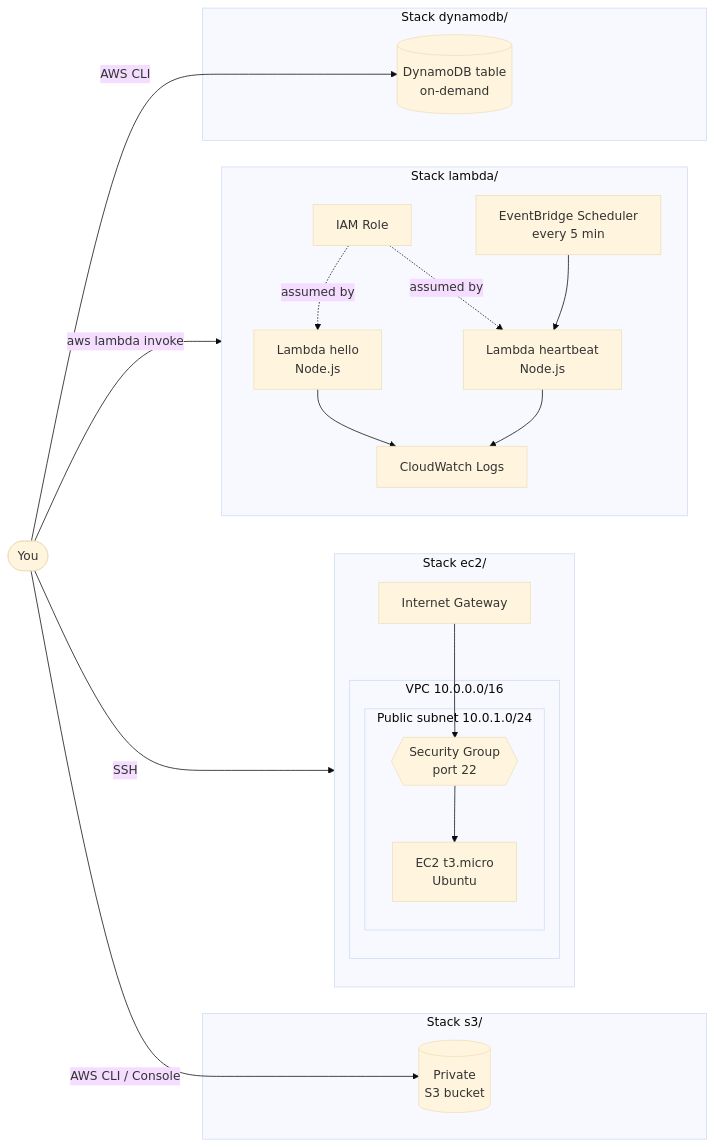
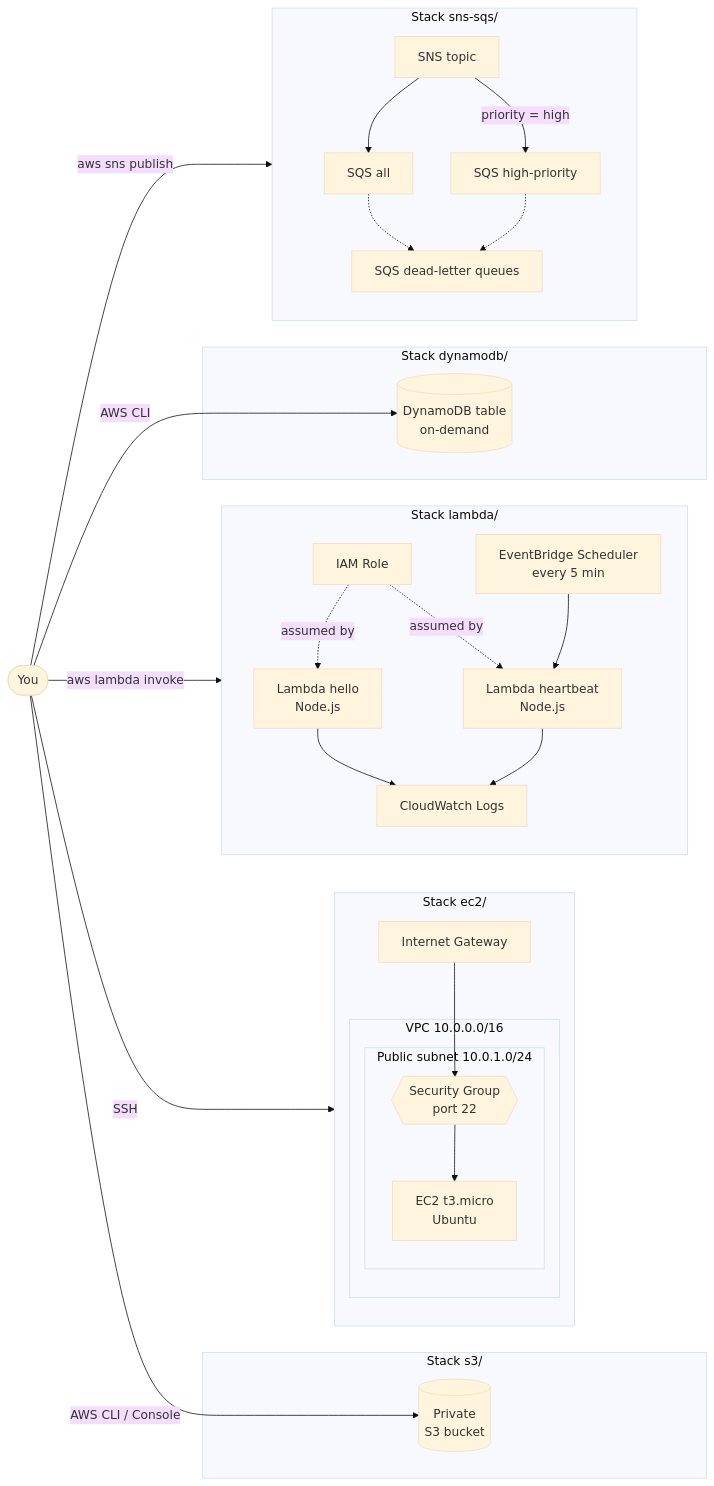
One commit to lubjr/learn-terraform-with-aws changed the diagram in README.md. Above: the diagram before and after it, drawn with Mermaid (base theme). The commit also changed other lines of this file and 13 other files, not shown here.

Commit message:
feat: add sns-sqs stack with fan-out and dead-letter queues

````diff
--- a/README.md
+++ b/README.md
@@ -22,43 +24,56 @@
 ```mermaid
 flowchart LR
     user([You])
 
     subgraph ec2stack["Stack ec2/"]
         direction TB
         igw[Internet Gateway]
         subgraph vpc["VPC 10.0.0.0/16"]
             subgraph subnet["Public subnet 10.0.1.0/24"]
                 sg{{Security Group<br/>port 22}}
                 ec2[EC2 t3.micro<br/>Ubuntu]
             end
         end
         igw --> sg --> ec2
     end
 
     subgraph s3stack["Stack s3/"]
         bucket[(Private<br/>S3 bucket)]
     end
 
     subgraph lambdastack["Stack lambda/"]
         direction TB
         hello[Lambda hello<br/>Node.js]
         heartbeat[Lambda heartbeat<br/>Node.js]
         scheduler[EventBridge Scheduler<br/>every 5 min]
         role[IAM Role]
         logs[CloudWatch Logs]
         role -. assumed by .-> hello
         role -. assumed by .-> heartbeat
         scheduler --> heartbeat
         hello --> logs
         heartbeat --> logs
     end
 
     subgraph dynamodbstack["Stack dynamodb/"]
         table[(DynamoDB table<br/>on-demand)]
     end
 
+    subgraph snssqsstack["Stack sns-sqs/"]
+        direction TB
+        topic[SNS topic]
+        qall[SQS all]
+        qhigh[SQS high-priority]
+        dlq[SQS dead-letter queues]
+        topic --> qall
+        topic -- priority = high --> qhigh
+        qall -.-> dlq
+        qhigh -.-> dlq
+    end
+
     user -- SSH --> igw
     user -- AWS CLI / Console --> bucket
     user -- aws lambda invoke --> hello
     user -- AWS CLI --> table
+    user -- aws sns publish --> topic
 ```
````
